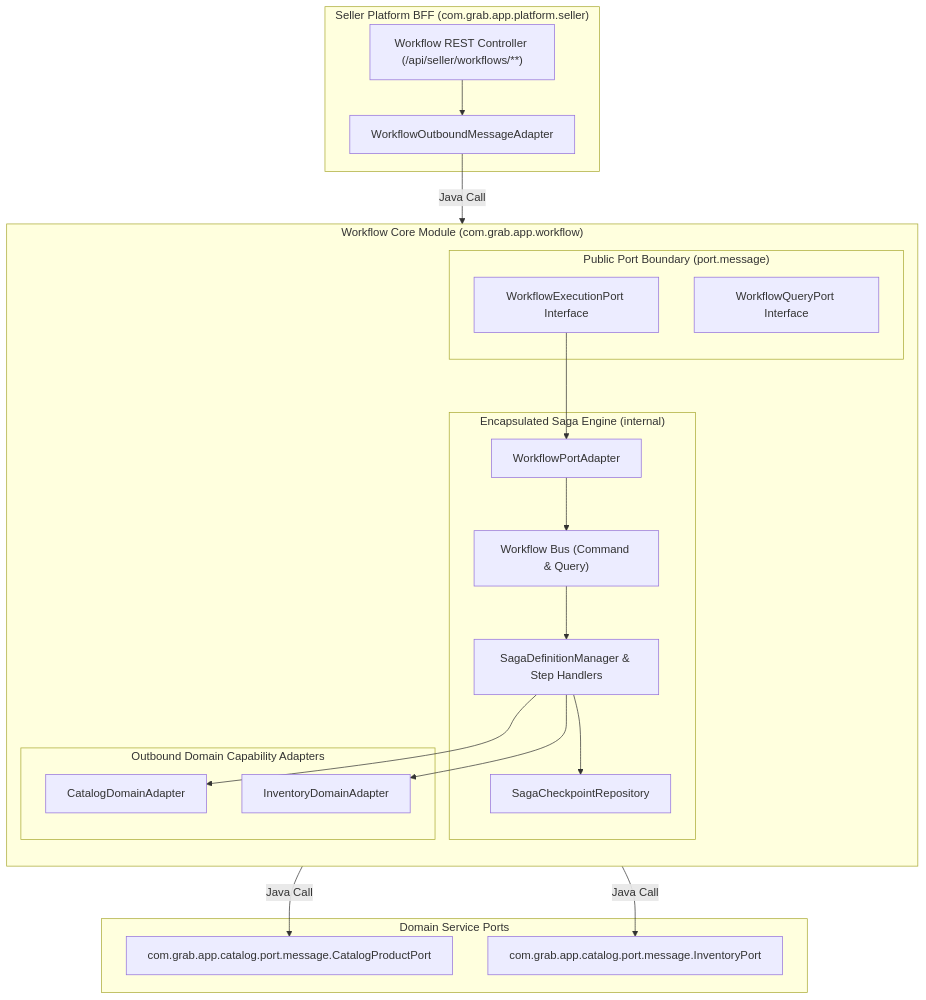
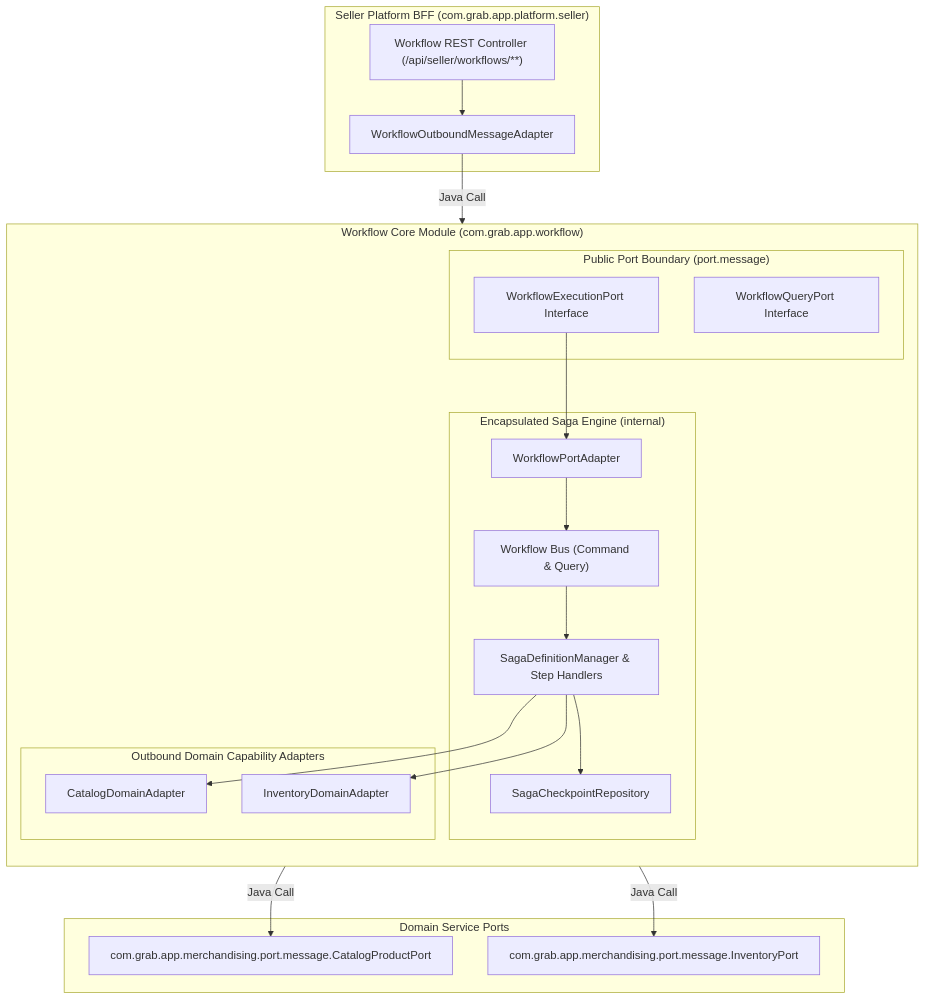
The second of 3 diagrams in docs/spec/system/workflow-service-communication-protocol-tech-spec.md (khinemyaezin/grab), drawn with Mermaid before and after one commit. The commit also changed 113 other files, not shown here.

````diff
--- a/docs/spec/system/workflow-service-communication-protocol-tech-spec.md
+++ b/docs/spec/system/workflow-service-communication-protocol-tech-spec.md
@@ -76,41 +76,41 @@
 ```mermaid
 flowchart TD
     subgraph SellerBFF ["Seller Platform BFF (com.grab.app.platform.seller)"]
         WfCtrl["Workflow REST Controller (/api/seller/workflows/**)"]
         WfOutAdapter["WorkflowOutboundMessageAdapter"]
     end
 
     subgraph WorkflowCore ["Workflow Core Module (com.grab.app.workflow)"]
         direction TB
         subgraph WfPublic ["Public Port Boundary (port.message)"]
             ExecPort["WorkflowExecutionPort Interface"]
             QueryPort["WorkflowQueryPort Interface"]
         end
         subgraph WfEngine ["Encapsulated Saga Engine (internal)"]
             InAdapter["WorkflowPortAdapter"]
             Bus["Workflow Bus (Command & Query)"]
             SagaMgr["SagaDefinitionManager & Step Handlers"]
             CheckpointRepo["SagaCheckpointRepository"]
         end
         subgraph WfOutbound ["Outbound Domain Capability Adapters"]
             CatOutAdapter["CatalogDomainAdapter"]
             InvOutAdapter["InventoryDomainAdapter"]
         end
     end
 
     subgraph DomainPorts ["Domain Service Ports"]
-        CatPort["com.grab.app.catalog.port.message.CatalogProductPort"]
-        InvPort["com.grab.app.catalog.port.message.InventoryPort"]
+        CatPort["com.grab.app.merchandising.port.message.CatalogProductPort"]
+        InvPort["com.grab.app.merchandising.port.message.InventoryPort"]
     end
 
     WfCtrl --> WfOutAdapter
     WfOutAdapter -->|"Java Call"| ExecPort
     ExecPort --> InAdapter
     InAdapter --> Bus
     Bus --> SagaMgr
     SagaMgr --> CheckpointRepo
     SagaMgr --> CatOutAdapter
     SagaMgr --> InvOutAdapter
     CatOutAdapter -->|"Java Call"| CatPort
     InvOutAdapter -->|"Java Call"| InvPort
 ```
````
